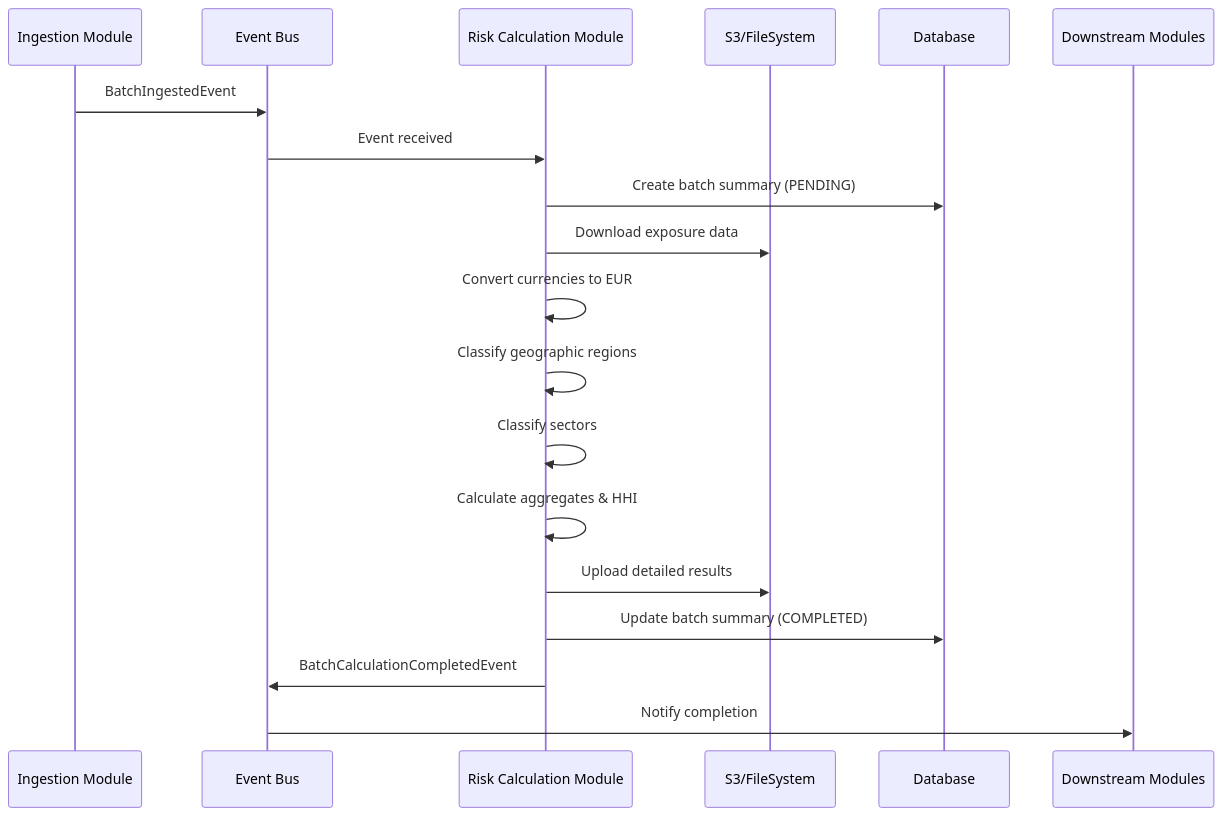
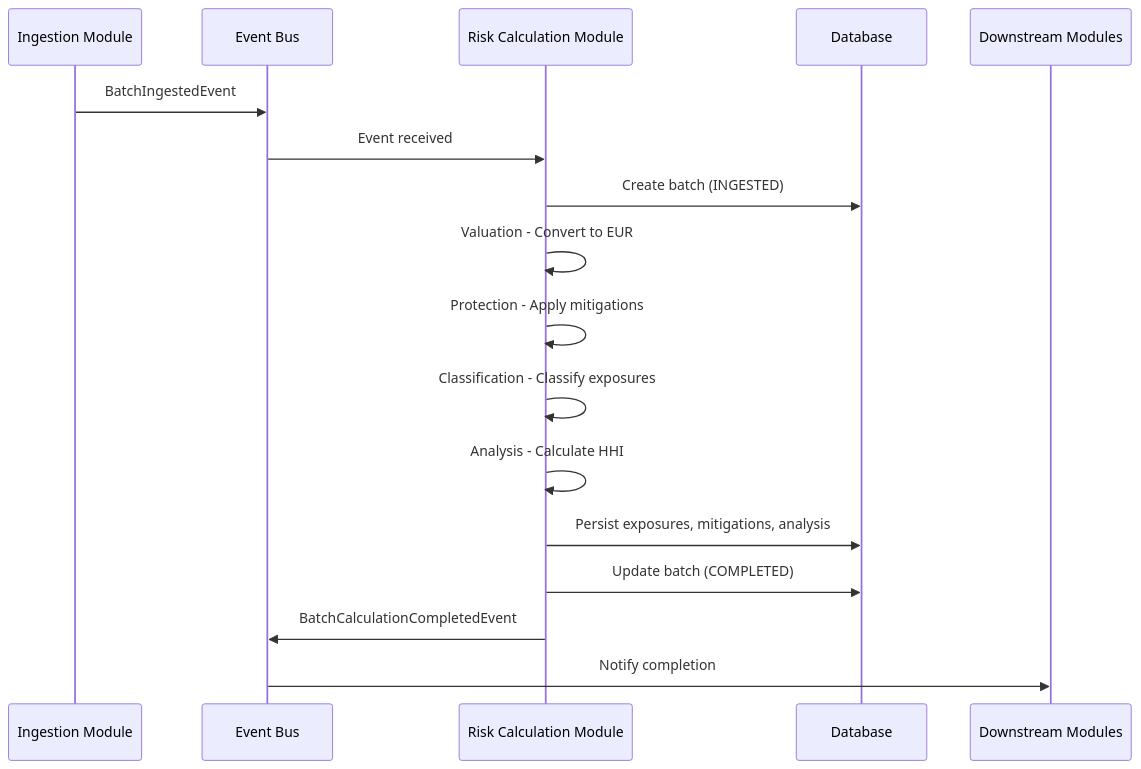
One commit to petitpapa86/be-tech-reg changed the first of 2 diagrams in .kiro/specs/risk-calculation-module/design.md. Above: the diagram before and after it, drawn with Mermaid. The commit also changed other lines of this file and 22 other files, not shown here.

````diff
--- a/.kiro/specs/risk-calculation-module/design.md
+++ b/.kiro/specs/risk-calculation-module/design.md
@@ -222,22 +41,20 @@
 ```mermaid
 sequenceDiagram
     participant Ingestion as Ingestion Module
     participant EventBus as Event Bus
     participant RiskCalc as Risk Calculation Module
-    participant S3 as S3/FileSystem
     participant DB as Database
     participant Downstream as Downstream Modules
 
     Ingestion->>EventBus: BatchIngestedEvent
     EventBus->>RiskCalc: Event received
-    RiskCalc->>DB: Create batch summary (PENDING)
-    RiskCalc->>S3: Download exposure data
-    RiskCalc->>RiskCalc: Convert currencies to EUR
-    RiskCalc->>RiskCalc: Classify geographic regions
-    RiskCalc->>RiskCalc: Classify sectors
-    RiskCalc->>RiskCalc: Calculate aggregates & HHI
-    RiskCalc->>S3: Upload detailed results
-    RiskCalc->>DB: Update batch summary (COMPLETED)
+    RiskCalc->>DB: Create batch (INGESTED)
+    RiskCalc->>RiskCalc: Valuation - Convert to EUR
+    RiskCalc->>RiskCalc: Protection - Apply mitigations
+    RiskCalc->>RiskCalc: Classification - Classify exposures
+    RiskCalc->>RiskCalc: Analysis - Calculate HHI
+    RiskCalc->>DB: Persist exposures, mitigations, analysis
+    RiskCalc->>DB: Update batch (COMPLETED)
     RiskCalc->>EventBus: BatchCalculationCompletedEvent
     EventBus->>Downstream: Notify completion
 ```
````
